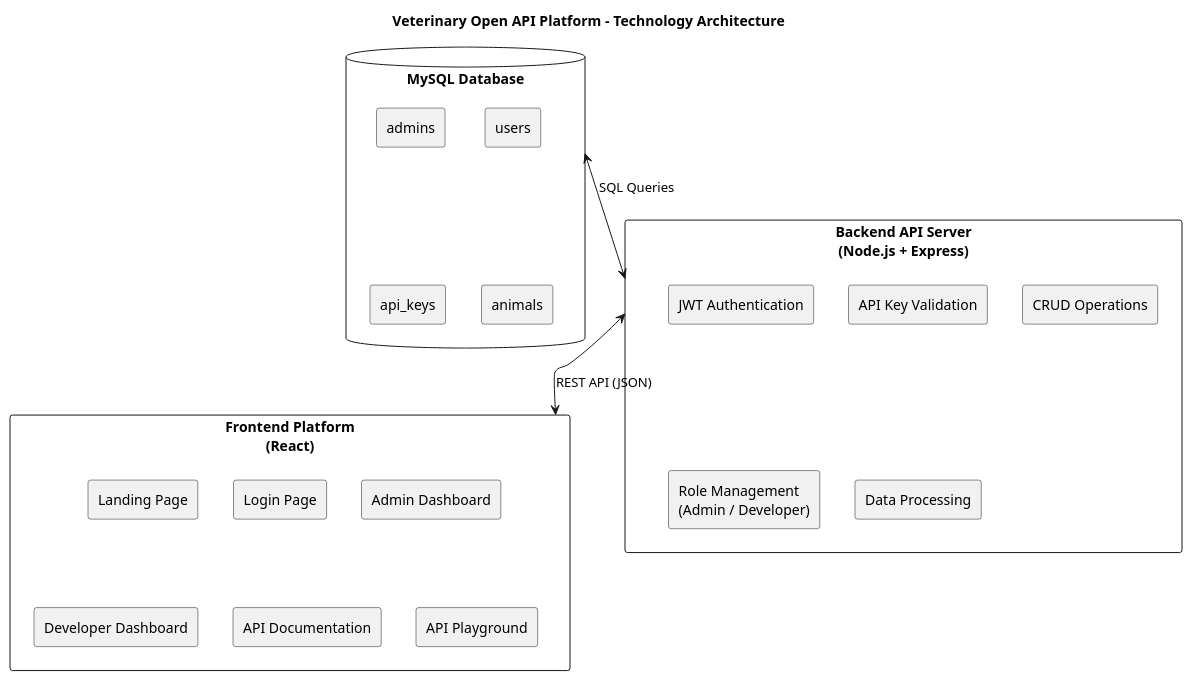
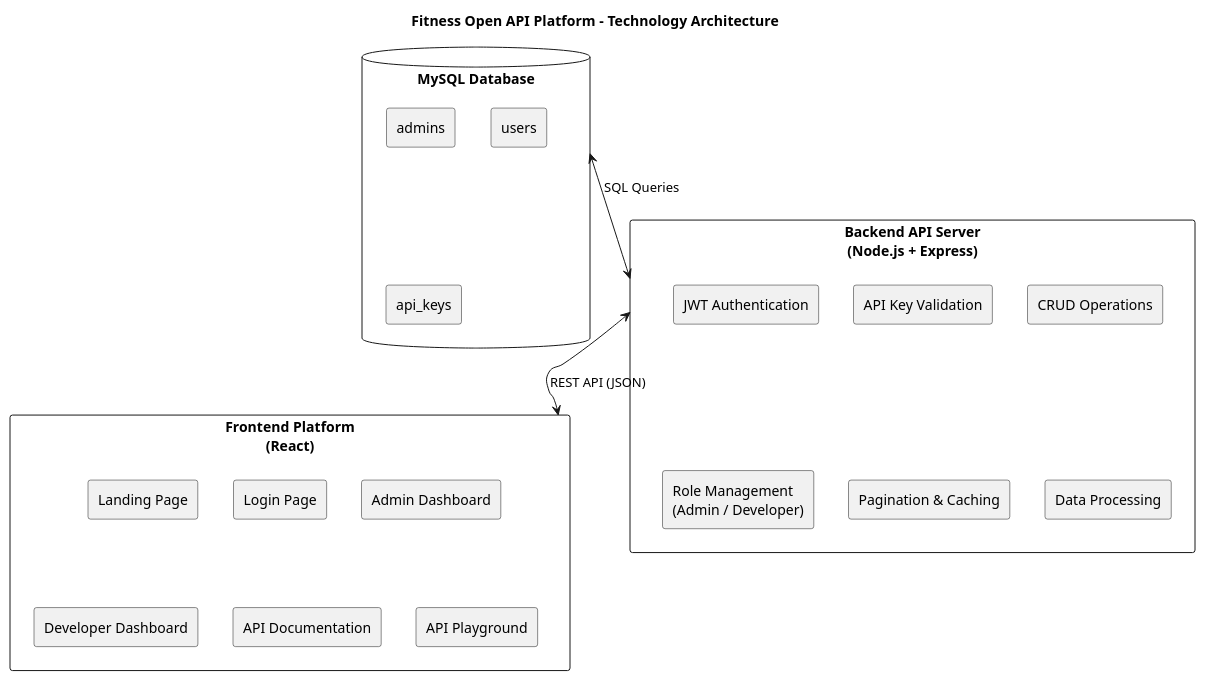
One commit to syawalqi/PWSPRO_20230140248 changed the diagram in arsitektur3.puml. Above: the diagram before and after it, drawn with PlantUML. The commit also changed 2 other files, not shown here.

```diff
--- a/arsitektur3.puml
+++ b/arsitektur3.puml
@@ -1,33 +1,34 @@
 @startuml
-title Veterinary Open API Platform - Technology Architecture
+title Fitness Open API Platform - Technology Architecture
 
 skinparam componentStyle rectangle
+skinparam shadowing false
 
 database "MySQL Database" as DB {
   [admins]
   [users]
   [api_keys]
-  [animals]
 }
 
 component "Backend API Server\n(Node.js + Express)" as Backend {
   [JWT Authentication]
   [API Key Validation]
   [CRUD Operations]
   [Role Management\n(Admin / Developer)]
+  [Pagination & Caching]
   [Data Processing]
 }
 
 component "Frontend Platform\n(React)" as Frontend {
   [Landing Page]
   [Login Page]
   [Admin Dashboard]
   [Developer Dashboard]
   [API Documentation]
   [API Playground]
 }
 
 DB <--> Backend : SQL Queries
 Backend <--> Frontend : REST API (JSON)
 
 @enduml
```
